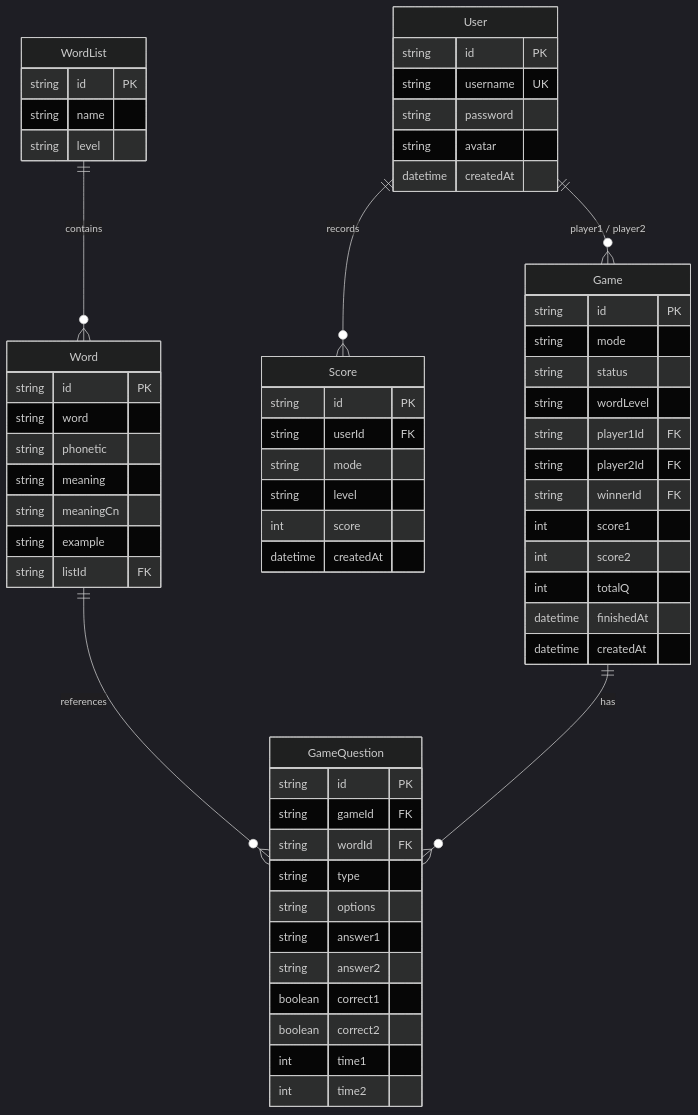
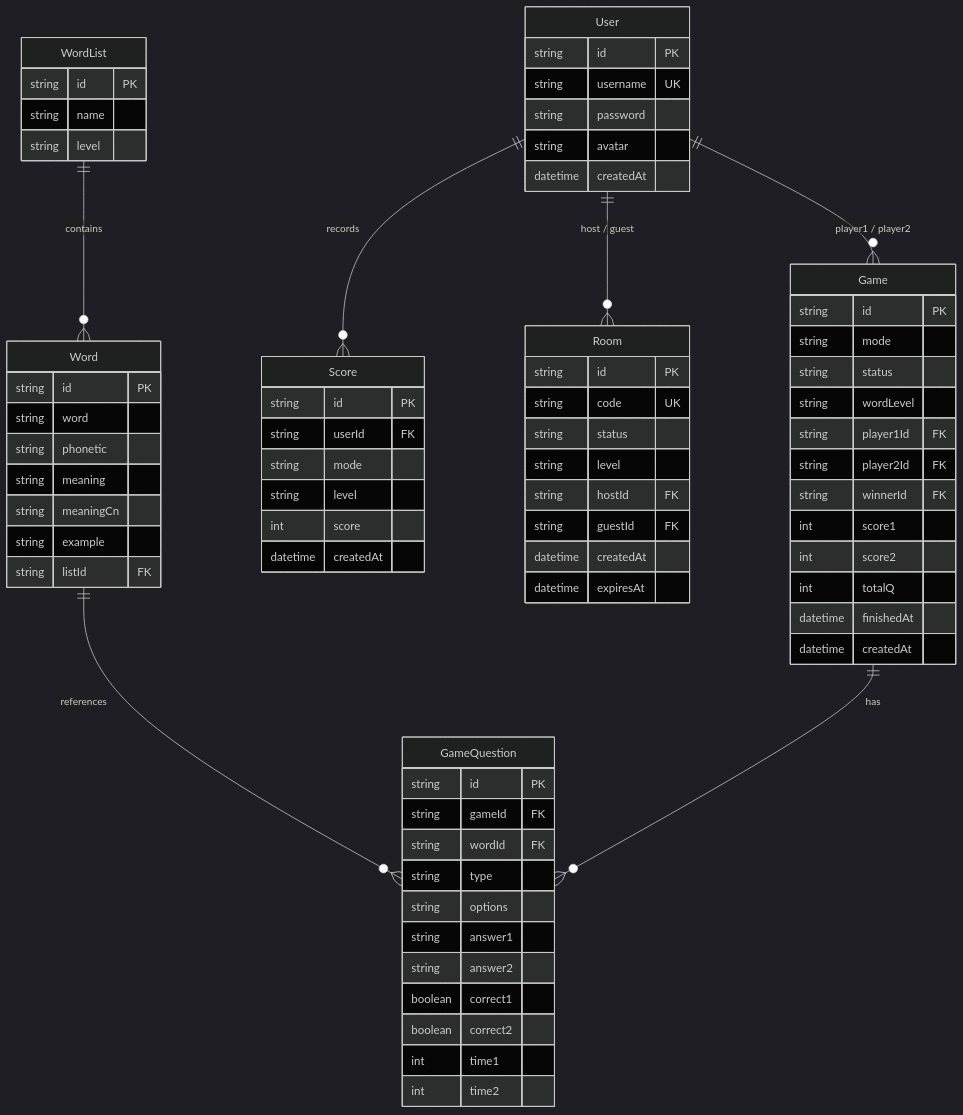
One commit to e69d8e/word-battle changed the second of 2 diagrams in README.md. Above: the diagram before and after it, drawn with Mermaid (dark theme). The commit also changed other lines of this file and 2 other files, not shown here.

````diff
--- a/README.md
+++ b/README.md
@@ -121,70 +126,82 @@
 ```mermaid
 erDiagram
     User ||--o{ Game : "player1 / player2"
     User ||--o{ Score : "records"
+    User ||--o{ Room : "host / guest"
     WordList ||--o{ Word : "contains"
     Word ||--o{ GameQuestion : "references"
     Game ||--o{ GameQuestion : "has"
 
     User {
         string id PK
         string username UK
         string password
         string avatar
         datetime createdAt
     }
 
     WordList {
         string id PK
         string name
         string level
     }
 
     Word {
         string id PK
         string word
         string phonetic
         string meaning
         string meaningCn
         string example
         string listId FK
+    }
+
+    Room {
+        string id PK
+        string code UK
+        string status
+        string level
+        string hostId FK
+        string guestId FK
+        datetime createdAt
+        datetime expiresAt
     }
 
     Game {
         string id PK
         string mode
         string status
         string wordLevel
         string player1Id FK
         string player2Id FK
         string winnerId FK
         int score1
         int score2
         int totalQ
         datetime finishedAt
         datetime createdAt
     }
 
     GameQuestion {
         string id PK
         string gameId FK
         string wordId FK
         string type
         string options
         string answer1
         string answer2
         boolean correct1
         boolean correct2
         int time1
         int time2
     }
 
     Score {
         string id PK
         string userId FK
         string mode
         string level
         int score
         datetime createdAt
     }
 ```
````
